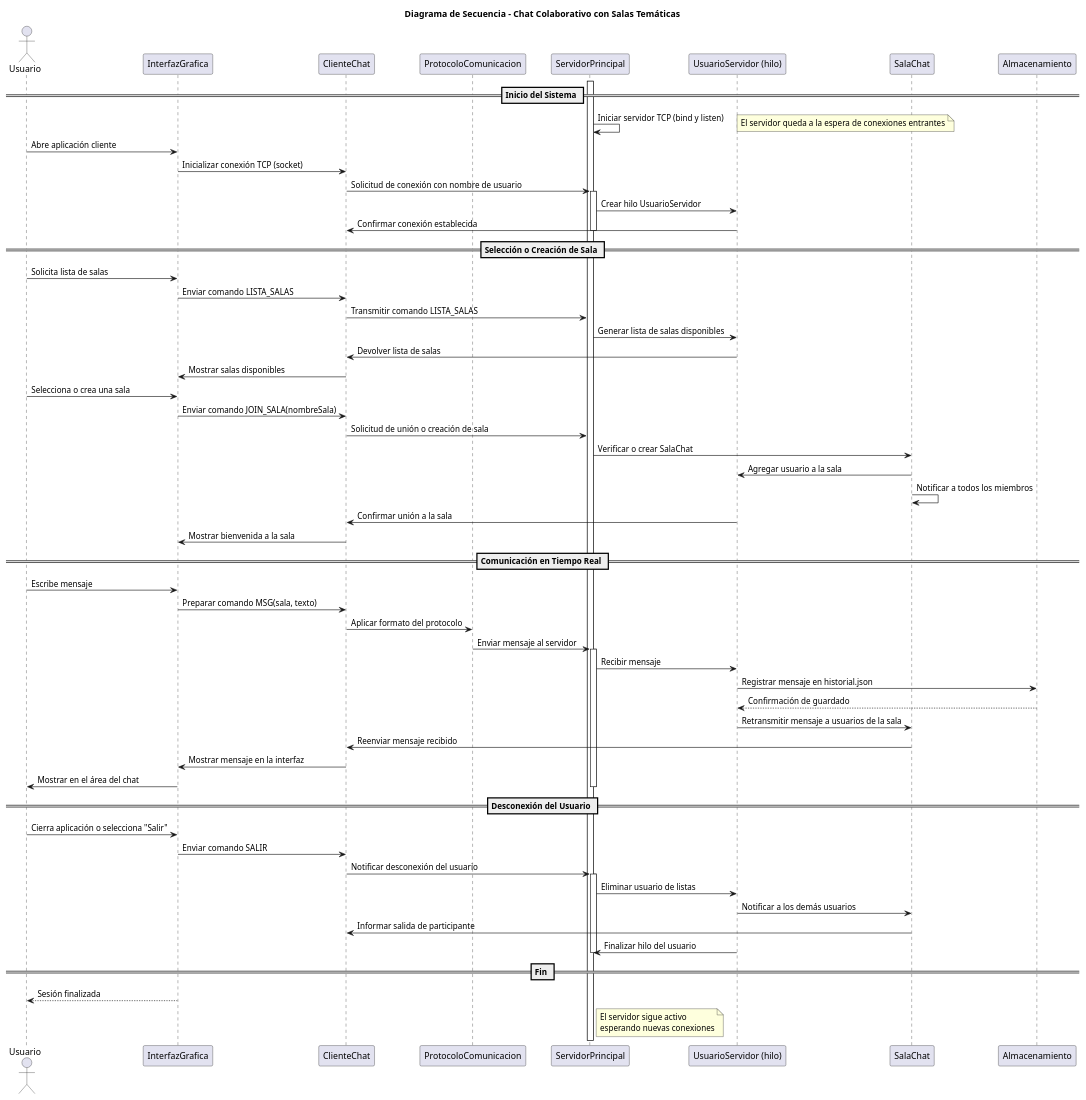
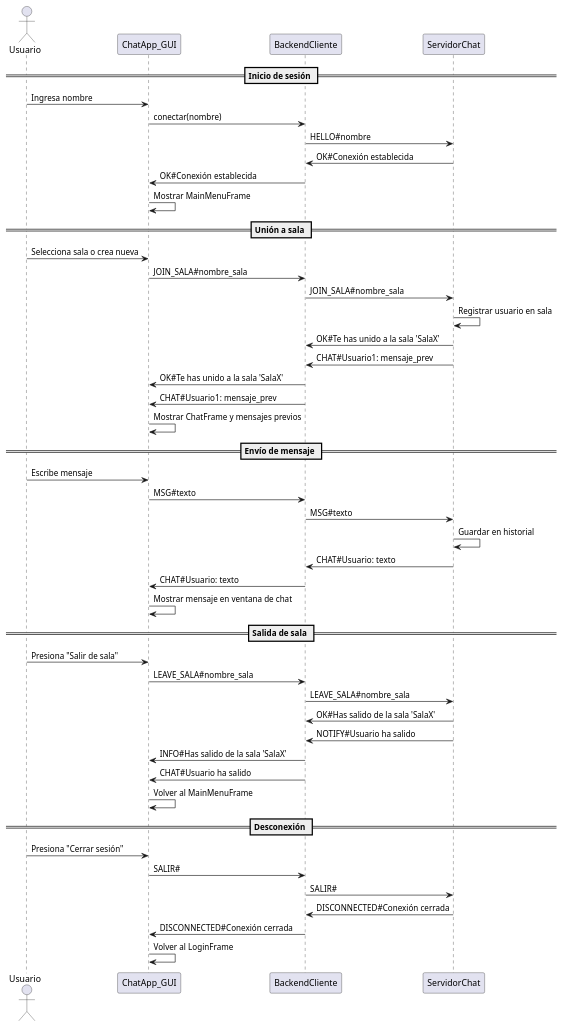
Before and after one commit to LeidyGarci/ChatColaborativo-ProyectoFinal: the diagram in docs/plantuml/diagrama_flujo.puml, drawn with PlantUML. The commit also changed 28 other files, not shown here.

Commit message:
Finalizacion cliente - servidor chat con Interfaz

```diff
--- a/docs/plantuml/diagrama_flujo.puml
+++ b/docs/plantuml/diagrama_flujo.puml
@@ -1,73 +1,54 @@
 @startuml
-title Diagrama de Secuencia - Chat Colaborativo con Salas Temáticas
+actor Usuario
 
-actor Usuario as U
+participant GUI as "ChatApp_GUI"
+participant Backend as "BackendCliente"
+participant Servidor as "ServidorChat"
 
-participant "InterfazGrafica" as IG
-participant "ClienteChat" as CC
-participant "ProtocoloComunicacion" as PC
-participant "ServidorPrincipal" as SP
-participant "UsuarioServidor (hilo)" as US
-participant "SalaChat" as SC
-participant "Almacenamiento" as AL
+== Inicio de sesión ==
+Usuario -> GUI: Ingresa nombre
+GUI -> Backend: conectar(nombre)
+Backend -> Servidor: HELLO#nombre
+Servidor -> Backend: OK#Conexión establecida
+Backend -> GUI: OK#Conexión establecida
+GUI -> GUI: Mostrar MainMenuFrame
 
-== Inicio del Sistema ==
-activate SP
-SP -> SP : Iniciar servidor TCP (bind y listen)
-note right: El servidor queda a la espera de conexiones entrantes
+== Unión a sala ==
+Usuario -> GUI: Selecciona sala o crea nueva
+GUI -> Backend: JOIN_SALA#nombre_sala
+Backend -> Servidor: JOIN_SALA#nombre_sala
+Servidor -> Servidor: Registrar usuario en sala
+Servidor -> Backend: OK#Te has unido a la sala 'SalaX'
+Servidor -> Backend: CHAT#Usuario1: mensaje_prev
+Backend -> GUI: OK#Te has unido a la sala 'SalaX'
+Backend -> GUI: CHAT#Usuario1: mensaje_prev
+GUI -> GUI: Mostrar ChatFrame y mensajes previos
 
-U -> IG : Abre aplicación cliente
-IG -> CC : Inicializar conexión TCP (socket)
-CC -> SP : Solicitud de conexión con nombre de usuario
-activate SP
-SP -> US : Crear hilo UsuarioServidor
-US -> CC : Confirmar conexión establecida
-deactivate SP
+== Envío de mensaje ==
+Usuario -> GUI: Escribe mensaje
+GUI -> Backend: MSG#texto
+Backend -> Servidor: MSG#texto
+Servidor -> Servidor: Guardar en historial
+Servidor -> Backend: CHAT#Usuario: texto
+Backend -> GUI: CHAT#Usuario: texto
+GUI -> GUI: Mostrar mensaje en ventana de chat
 
-== Selección o Creación de Sala ==
-U -> IG : Solicita lista de salas
-IG -> CC : Enviar comando LISTA_SALAS
-CC -> SP : Transmitir comando LISTA_SALAS
-SP -> US : Generar lista de salas disponibles
-US -> CC : Devolver lista de salas
-CC -> IG : Mostrar salas disponibles
+== Salida de sala ==
+Usuario -> GUI: Presiona "Salir de sala"
+GUI -> Backend: LEAVE_SALA#nombre_sala
+Backend -> Servidor: LEAVE_SALA#nombre_sala
+Servidor -> Backend: OK#Has salido de la sala 'SalaX'
+Servidor -> Backend: NOTIFY#Usuario ha salido
+Backend -> GUI: INFO#Has salido de la sala 'SalaX'
+Backend -> GUI: CHAT#Usuario ha salido
+GUI -> GUI: Volver al MainMenuFrame
 
-U -> IG : Selecciona o crea una sala
-IG -> CC : Enviar comando JOIN_SALA(nombreSala)
-CC -> SP : Solicitud de unión o creación de sala
-SP -> SC : Verificar o crear SalaChat
-SC -> US : Agregar usuario a la sala
-SC -> SC : Notificar a todos los miembros
-US -> CC : Confirmar unión a la sala
-CC -> IG : Mostrar bienvenida a la sala
+== Desconexión ==
+Usuario -> GUI: Presiona "Cerrar sesión"
+GUI -> Backend: SALIR#
+Backend -> Servidor: SALIR#
+Servidor -> Backend: DISCONNECTED#Conexión cerrada
+Backend -> GUI: DISCONNECTED#Conexión cerrada
+GUI -> GUI: Volver al LoginFrame
 
-== Comunicación en Tiempo Real ==
-U -> IG : Escribe mensaje
-IG -> CC : Preparar comando MSG(sala, texto)
-CC -> PC : Aplicar formato del protocolo
-PC -> SP : Enviar mensaje al servidor
-activate SP
-SP -> US : Recibir mensaje
-US -> AL : Registrar mensaje en historial.json
-AL --> US : Confirmación de guardado
-US -> SC : Retransmitir mensaje a usuarios de la sala
-SC -> CC : Reenviar mensaje recibido
-CC -> IG : Mostrar mensaje en la interfaz
-IG -> U : Mostrar en el área del chat
-deactivate SP
-
-== Desconexión del Usuario ==
-U -> IG : Cierra aplicación o selecciona "Salir"
-IG -> CC : Enviar comando SALIR
-CC -> SP : Notificar desconexión del usuario
-activate SP
-SP -> US : Eliminar usuario de listas
-US -> SC : Notificar a los demás usuarios
-SC -> CC : Informar salida de participante
-US -> SP : Finalizar hilo del usuario
-deactivate SP
-
-== Fin ==
-U <-- IG : Sesión finalizada
-note right of SP : El servidor sigue activo\nesperando nuevas conexiones
 @enduml
```
